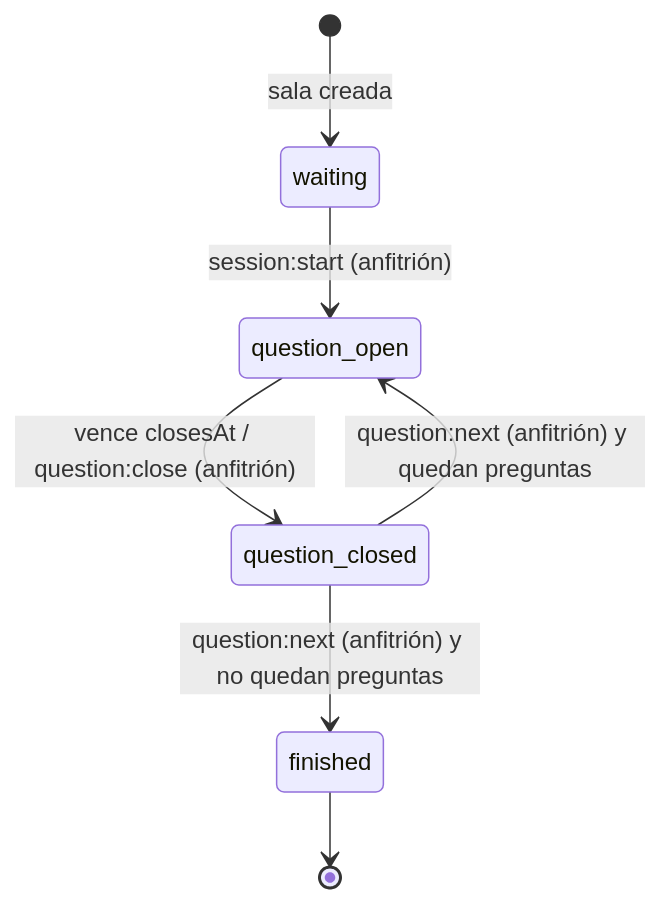
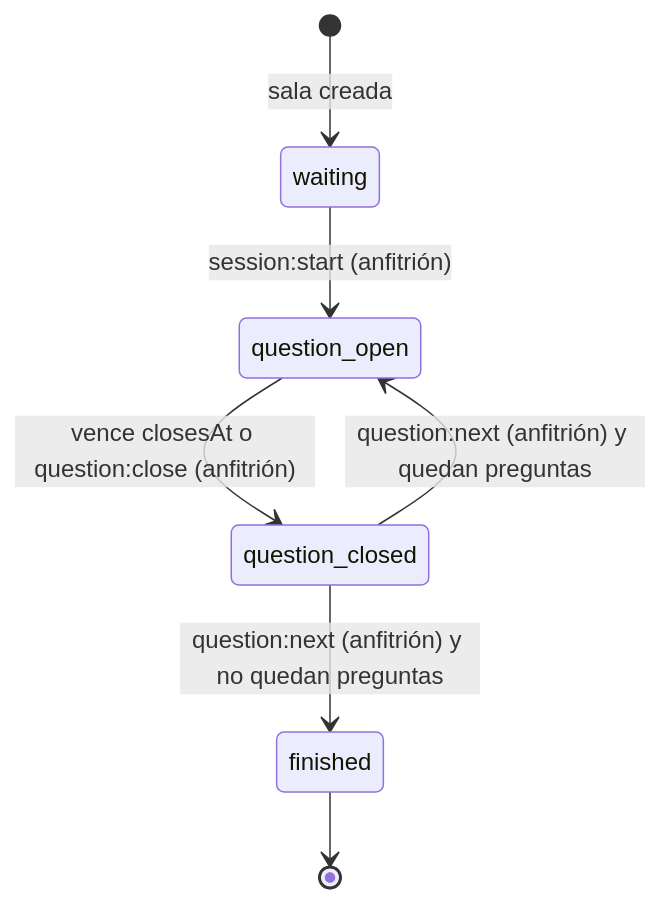
The first of 3 diagrams in packages/contracts/events/README.md (AaronSolano/ProyectoFinalParadigmas...), drawn with Mermaid before and after one commit. The commit also changed other lines of this file and 12 other files, not shown here.

````diff
--- a/packages/contracts/events/README.md
+++ b/packages/contracts/events/README.md
@@ -52,9 +52,9 @@
 ```mermaid
 stateDiagram-v2
     [*] --> waiting: sala creada
-    waiting --> question_open: session:start (anfitrión)
-    question_open --> question_closed: vence closesAt / question:close (anfitrión)
-    question_closed --> question_open: question:next (anfitrión) y quedan preguntas
-    question_closed --> finished: question:next (anfitrión) y no quedan preguntas
+    waiting --> question_open: session#58;start (anfitrión)
+    question_open --> question_closed: vence closesAt o question#58;close (anfitrión)
+    question_closed --> question_open: question#58;next (anfitrión) y quedan preguntas
+    question_closed --> finished: question#58;next (anfitrión) y no quedan preguntas
     finished --> [*]
 ```
````
